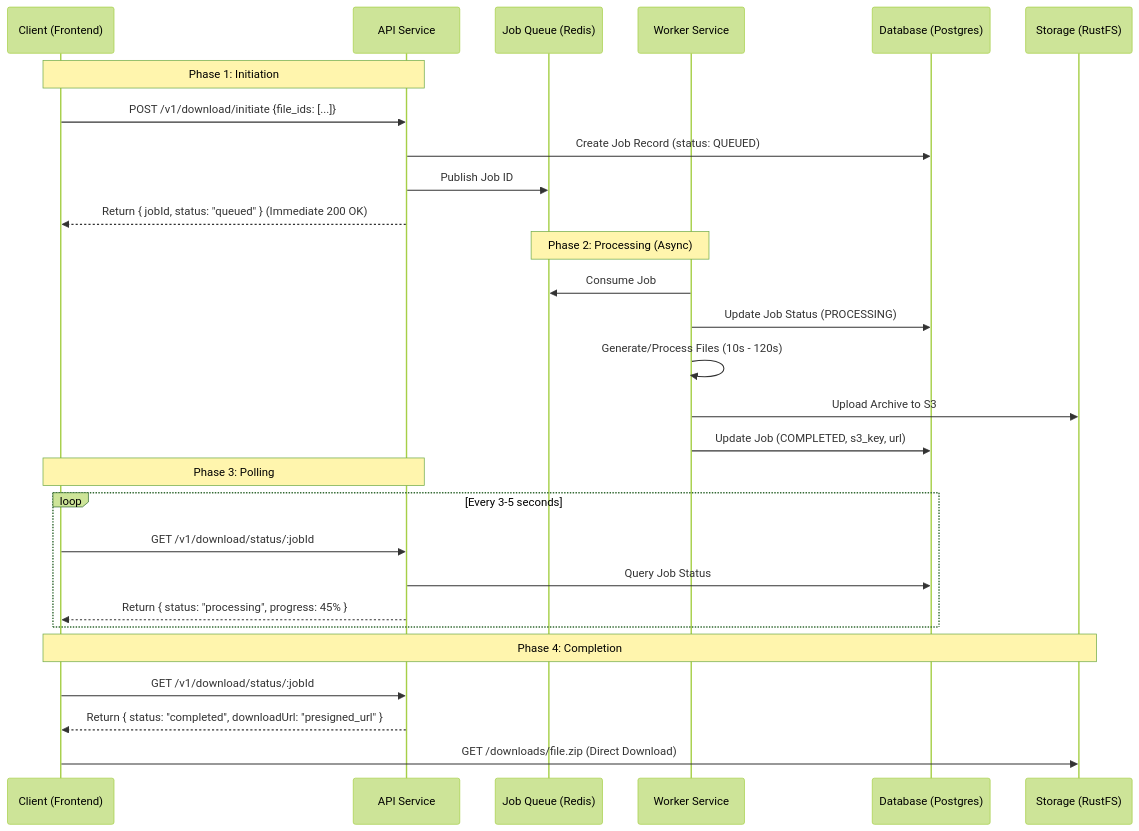
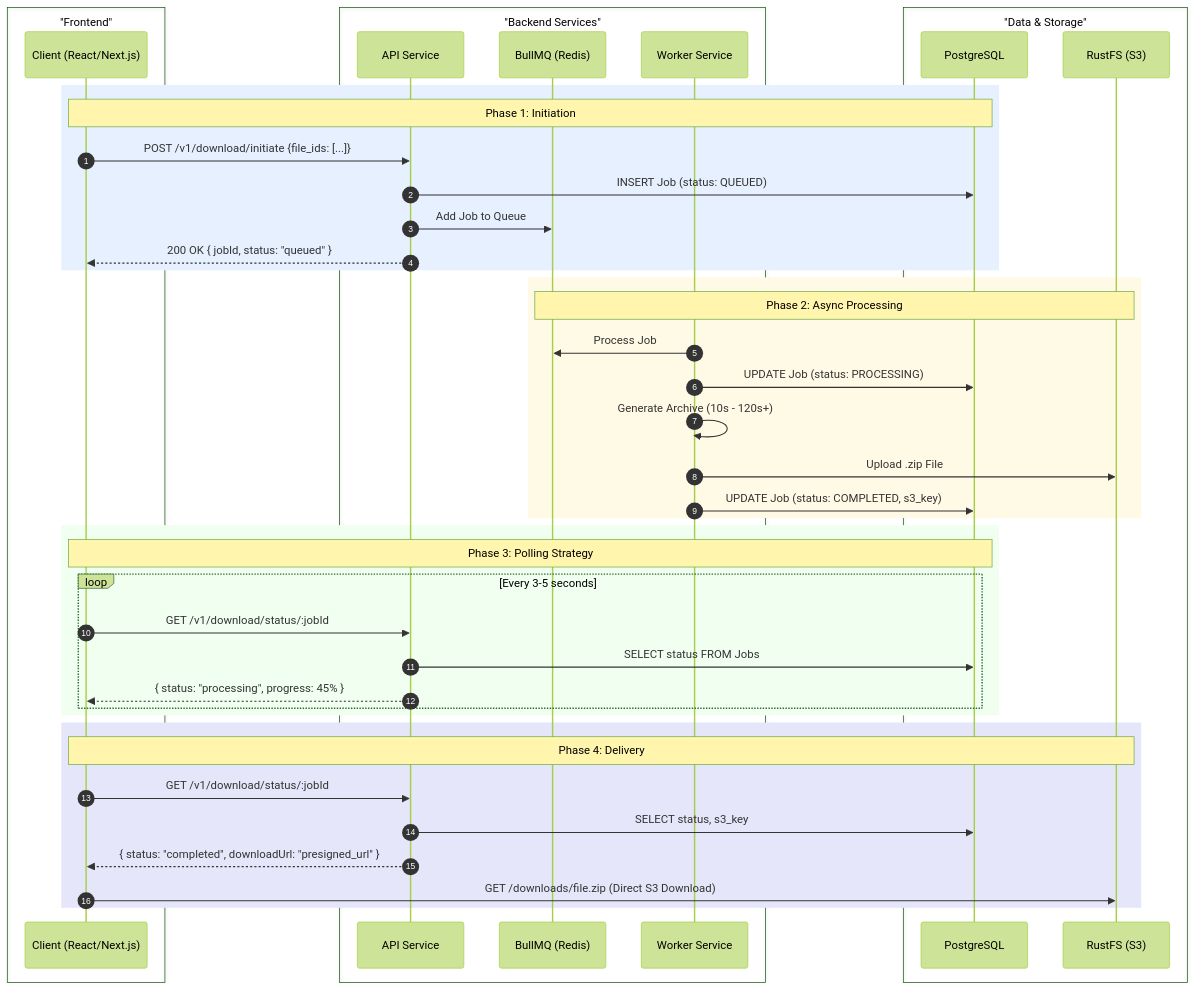
One commit to rid-coder-70/cuet-micro-ops-hackthon-2025 changed the diagram in ARCHITECTURE.md. Above: the diagram before and after it, drawn with Mermaid (forest theme).

Commit message:
docs: improve architecture diagram with colors and grouping

````diff
--- a/ARCHITECTURE.md
+++ b/ARCHITECTURE.md
@@ -9,34 +9,53 @@
 ```mermaid
 sequenceDiagram
-    participant User as Client (Frontend)
-    participant API as API Service
-    participant Queue as Job Queue (Redis)
-    participant Worker as Worker Service
-    participant DB as Database (Postgres)
-    participant S3 as Storage (RustFS)
+    autonumber
 
-    Note over User, API: Phase 1: Initiation
-    User->>API: POST /v1/download/initiate {file_ids: [...]}
-    API->>DB: Create Job Record (status: QUEUED)
-    API->>Queue: Publish Job ID
-    API-->>User: Return { jobId, status: "queued" } (Immediate 200 OK)
-
-    Note over Queue, Worker: Phase 2: Processing (Async)
-    Worker->>Queue: Consume Job
-    Worker->>DB: Update Job Status (PROCESSING)
-    Worker->>Worker: Generate/Process Files (10s - 120s)
-    Worker->>S3: Upload Archive to S3
-    Worker->>DB: Update Job (COMPLETED, s3_key, url)
-    
-    Note over User, API: Phase 3: Polling
-    loop Every 3-5 seconds
-        User->>API: GET /v1/download/status/:jobId
-        API->>DB: Query Job Status
-        API-->>User: Return { status: "processing", progress: 45% }
+    box "Frontend" #e6f3ff
+        participant User as Client (React/Next.js)
     end
 
-    Note over User, S3: Phase 4: Completion
-    User->>API: GET /v1/download/status/:jobId
-    API-->>User: Return { status: "completed", downloadUrl: "presigned_url" }
-    User->>S3: GET /downloads/file.zip (Direct Download)
+    box "Backend Services" #fff0e6
+        participant API as API Service
+        participant Queue as BullMQ (Redis)
+        participant Worker as Worker Service
+    end
+
+    box "Data & Storage" #e6ffe6
+        participant DB as PostgreSQL
+        participant S3 as RustFS (S3)
+    end
+
+    rect rgb(230, 240, 255)
+        Note over User, DB: Phase 1: Initiation
+        User->>API: POST /v1/download/initiate {file_ids: [...]}
+        API->>DB: INSERT Job (status: QUEUED)
+        API->>Queue: Add Job to Queue
+        API-->>User: 200 OK { jobId, status: "queued" }
+    end
+
+    rect rgb(255, 250, 230)
+        Note over Queue, S3: Phase 2: Async Processing
+        Worker->>Queue: Process Job
+        Worker->>DB: UPDATE Job (status: PROCESSING)
+        Worker->>Worker: Generate Archive (10s - 120s+)
+        Worker->>S3: Upload .zip File
+        Worker->>DB: UPDATE Job (status: COMPLETED, s3_key)
+    end
+    
+    rect rgb(240, 255, 240)
+        Note over User, DB: Phase 3: Polling Strategy
+        loop Every 3-5 seconds
+            User->>API: GET /v1/download/status/:jobId
+            API->>DB: SELECT status FROM Jobs
+            API-->>User: { status: "processing", progress: 45% }
+        end
+    end
+
+    rect rgb(230, 230, 250)
+        Note over User, S3: Phase 4: Delivery
+        User->>API: GET /v1/download/status/:jobId
+        API->>DB: SELECT status, s3_key
+        API-->>User: { status: "completed", downloadUrl: "presigned_url" }
+        User->>S3: GET /downloads/file.zip (Direct S3 Download)
+    end
 ```
````
